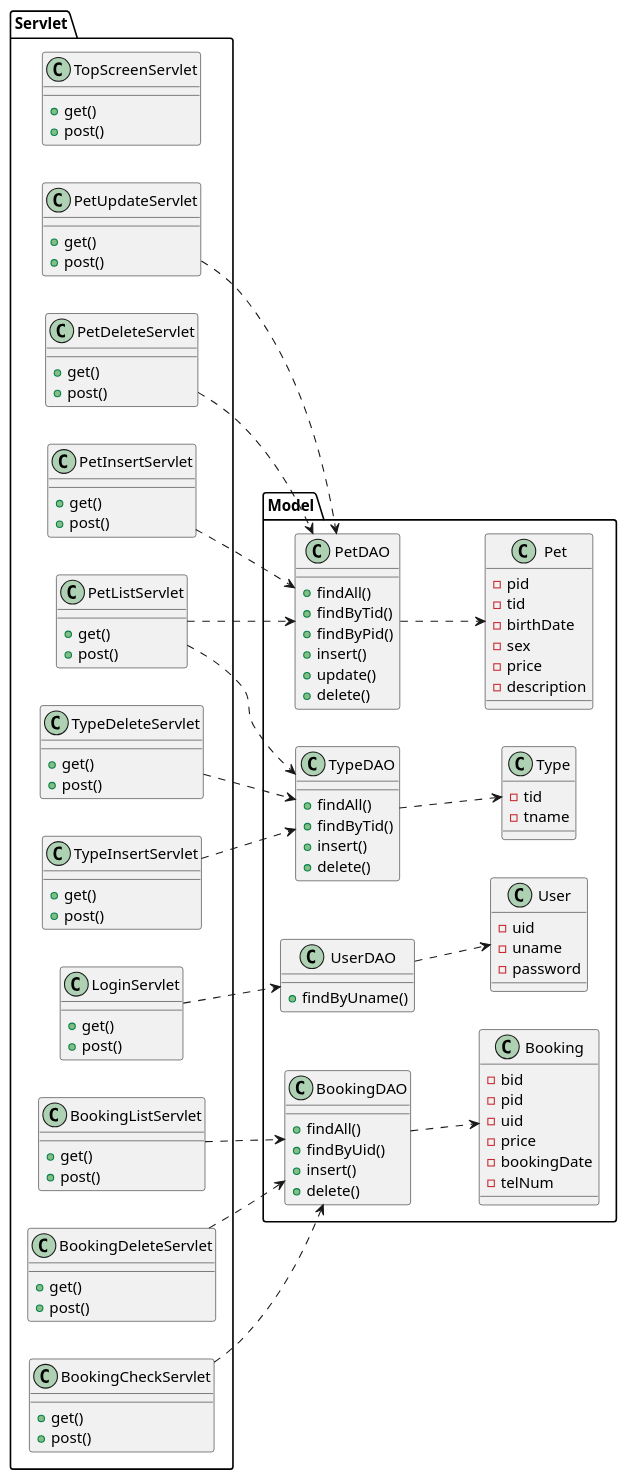
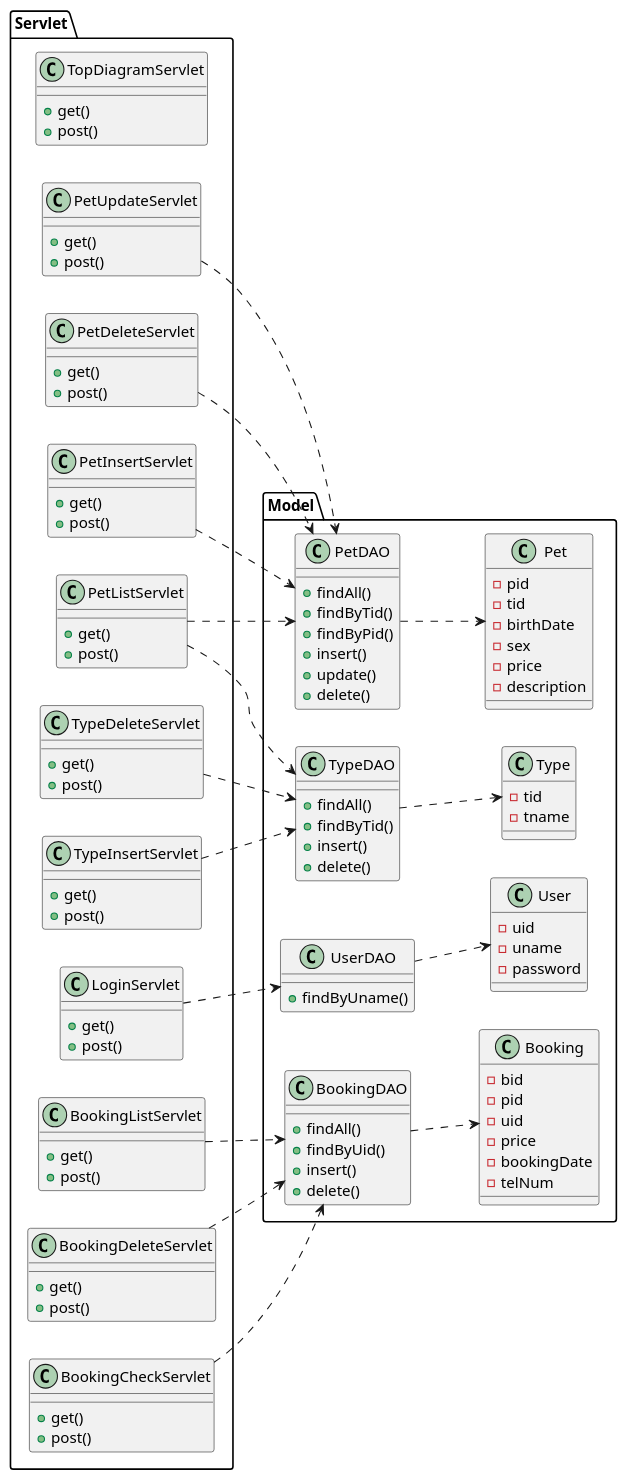
One commit to Tyamanaka07/WebSystem changed the diagram in detail.uml/class.pu. Above: the diagram before and after it, drawn with PlantUML.

```diff
--- a/detail.uml/class.pu
+++ b/detail.uml/class.pu
@@ -1,136 +1,136 @@
 @startuml
 left to right direction
 
 package Model{
 	class Pet{
 		-pid
 		-tid
 		-birthDate
 		-sex
 		-price
 		-description
 	}
 
 	class Type{
 		-tid
 		-tname
 	}
 
 	class User{
 		-uid
 		-uname
 		-password
 	}
 
 	class Booking{
 		-bid
 		-pid
 		-uid
 		-price
 		-bookingDate
 		-telNum
 	}
 
 	class PetDAO{
 		+findAll()
 		+findByTid()
 		+findByPid()
 		+insert()
 		+update()
 		+delete()
 	}
 
 	class TypeDAO{
 		+findAll()
 		+findByTid()
 		+insert()
 		+delete()
 	}
 
 	class UserDAO{
 		+findByUname()
 	}
 
 	class BookingDAO{
 		+findAll()
 		+findByUid()
 		+insert()
 		+delete()
 	}
 }
 
 package Servlet{
-	class TopScreenServlet{
+	class TopDiagramServlet{
 		+get()
 		+post()
 	}
 
 	class PetListServlet{
 		+get()
 		+post()
 	}
 
 	class LoginServlet{
 		+get()
 		+post()
 	}
 
 	class PetInsertServlet{
 		+get()
 		+post()
 	}
 
 	class PetUpdateServlet{
 		+get()
 		+post()
 	}
 
 	class PetDeleteServlet{
 		+get()
 		+post()
 	}
 
 	class TypeInsertServlet{
 		+get()
 		+post()
 	}
 
 	class TypeDeleteServlet{
 		+get()
 		+post()
 	}
 
 	class BookingCheckServlet{
 		+get()
 		+post()
 	}
 
 	class BookingListServlet{
 		+get()
 		+post()
 	}
 
 	class BookingDeleteServlet{
 		+get()
 		+post()
 	}
 }
 
 
 PetListServlet..>TypeDAO
 TypeInsertServlet..>TypeDAO
 TypeDeleteServlet..>TypeDAO
 PetListServlet..>PetDAO
 PetInsertServlet..>PetDAO
 PetUpdateServlet..>PetDAO
 PetDeleteServlet..>PetDAO
 LoginServlet..>UserDAO
 BookingCheckServlet..>BookingDAO
 BookingListServlet..>BookingDAO
 BookingDeleteServlet..>BookingDAO
 
 BookingDAO..>Booking
 PetDAO..>Pet
 TypeDAO..>Type
 UserDAO..>User
 @enduml
```
